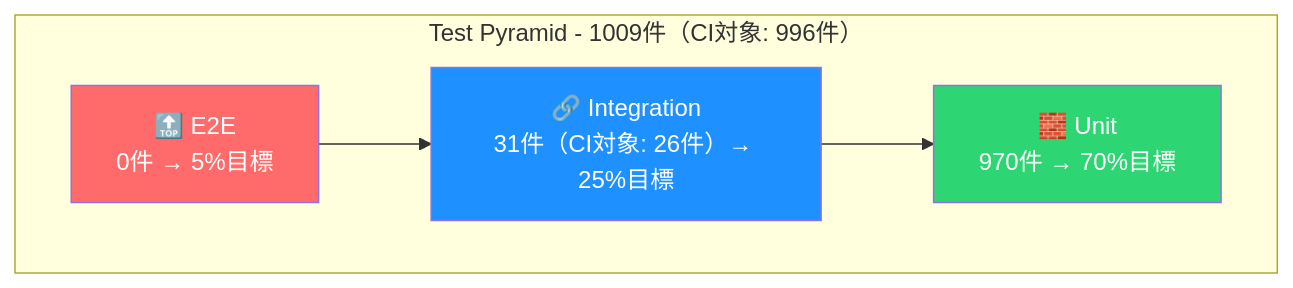
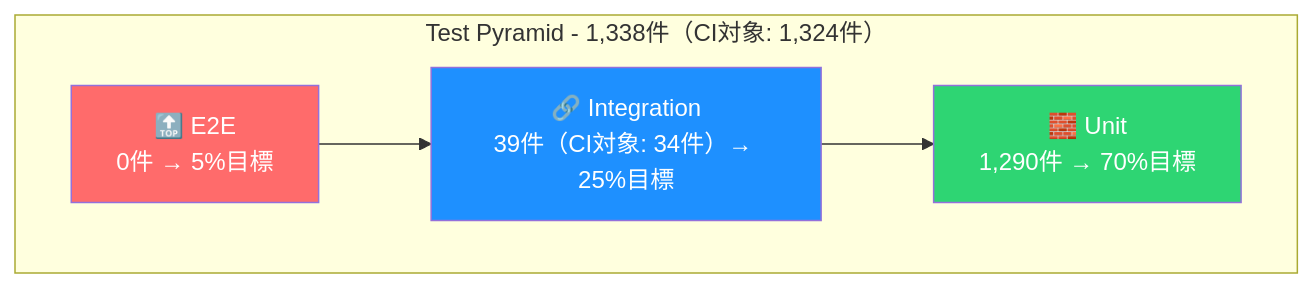
Before and after one commit to yaoki-dev/api-test-devops-portfolio: the second of 3 diagrams in README.md, drawn with Mermaid. The commit also changed other lines of this file and 39 other files, not shown here.

````diff
--- a/README.md
+++ b/README.md
@@ -291,13 +305,13 @@
 ```mermaid
 graph TB
-    subgraph "Test Pyramid - 1009件（CI対象: 996件）"
+    subgraph "Test Pyramid - 1,338件（CI対象: 1,324件）"
         E2E["🔝 E2E<br/>0件 → 5%目標"]
-        Integration["🔗 Integration<br/>31件（CI対象: 26件）→ 25%目標"]
-        Unit["🧱 Unit<br/>970件 → 70%目標"]
+        Integration["🔗 Integration<br/>39件（CI対象: 34件）→ 25%目標"]
+        Unit["🧱 Unit<br/>1,290件 → 70%目標"]
     end
     E2E --> Integration --> Unit
 
     style E2E fill:#ff6b6b,color:#fff
     style Integration fill:#1e90ff,color:#fff
     style Unit fill:#2ed573,color:#fff
 ```
````
